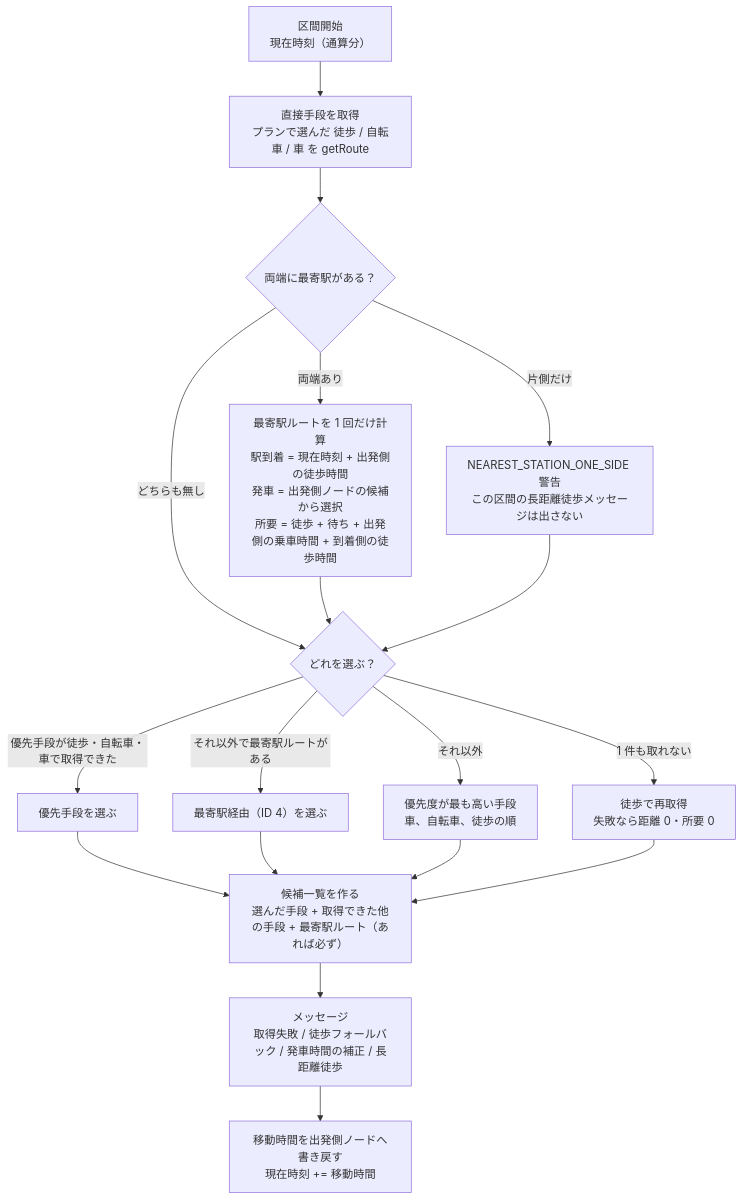
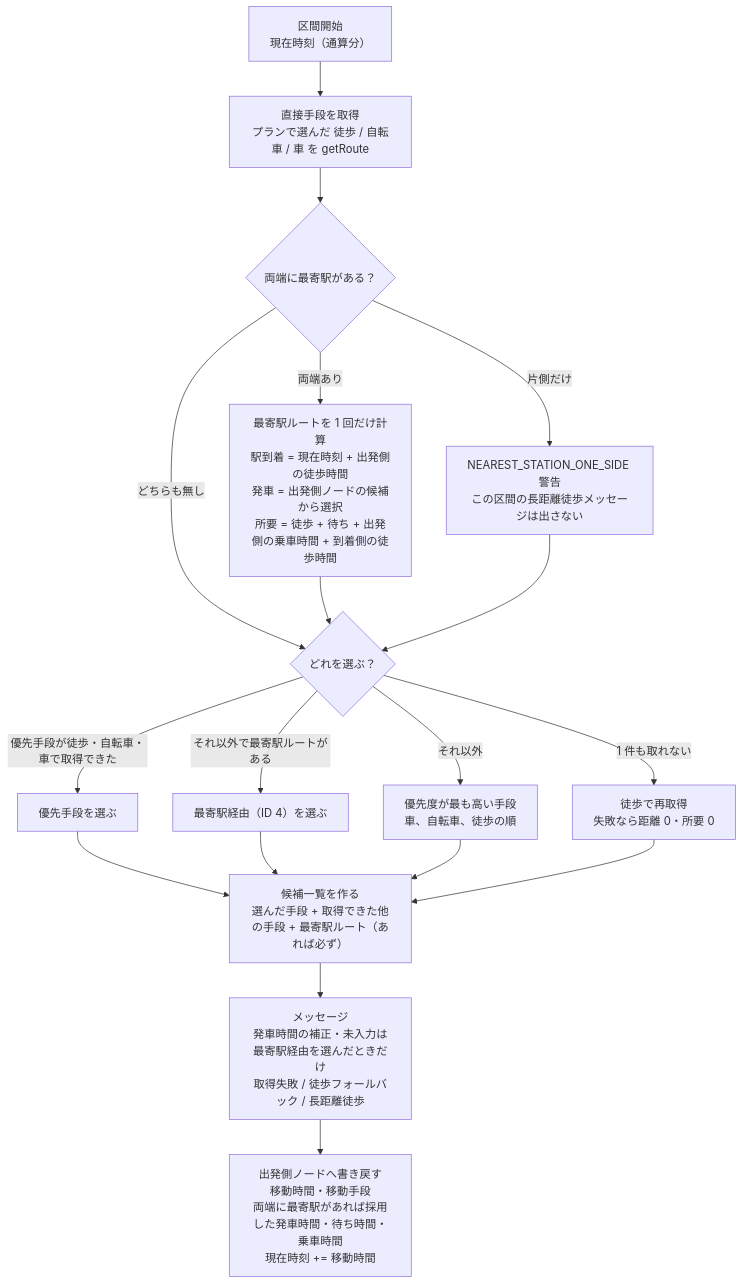
The second of 4 diagrams in docs/tasks/No.388_プランニング処理フロー.md (ju-ki/moptabi), drawn with Mermaid before and after one commit. The commit also changed other lines of this file and 1 other file, not shown here.

````diff
--- a/docs/tasks/No.388_プランニング処理フロー.md
+++ b/docs/tasks/No.388_プランニング処理フロー.md
@@ -31,20 +32,20 @@
 ```mermaid
 flowchart TD
   S["区間開始<br>現在時刻（通算分）"] --> R["直接手段を取得<br>プランで選んだ 徒歩 / 自転車 / 車 を getRoute"]
   R --> Q{"両端に最寄駅がある？"}
   Q -- 両端あり --> N["最寄駅ルートを 1 回だけ計算<br>駅到着 = 現在時刻 + 出発側の徒歩時間<br>発車 = 出発側ノードの候補から選択<br>所要 = 徒歩 + 待ち + 出発側の乗車時間 + 到着側の徒歩時間"]
   Q -- 片側だけ --> O["NEAREST_STATION_ONE_SIDE 警告<br>この区間の長距離徒歩メッセージは出さない"]
   Q -- どちらも無し --> SEL
   N --> SEL{"どれを選ぶ？"}
   O --> SEL
   SEL -- "優先手段が徒歩・自転車・車で取得できた" --> P["優先手段を選ぶ"]
   SEL -- "それ以外で最寄駅ルートがある" --> T["最寄駅経由（ID 4）を選ぶ"]
   SEL -- "それ以外" --> PR["優先度が最も高い手段<br>車、自転車、徒歩の順"]
   SEL -- "1 件も取れない" --> W["徒歩で再取得<br>失敗なら距離 0・所要 0"]
   P --> ALT
   T --> ALT
   PR --> ALT
   W --> ALT
-  ALT["候補一覧を作る<br>選んだ手段 + 取得できた他の手段 + 最寄駅ルート（あれば必ず）"] --> M["メッセージ<br>取得失敗 / 徒歩フォールバック / 発車時間の補正 / 長距離徒歩"]
-  M --> U["移動時間を出発側ノードへ書き戻す<br>現在時刻 += 移動時間"]
+  ALT["候補一覧を作る<br>選んだ手段 + 取得できた他の手段 + 最寄駅ルート（あれば必ず）"] --> M["メッセージ<br>発車時間の補正・未入力は最寄駅経由を選んだときだけ<br>取得失敗 / 徒歩フォールバック / 長距離徒歩"]
+  M --> U["出発側ノードへ書き戻す<br>移動時間・移動手段<br>両端に最寄駅があれば採用した発車時間・待ち時間・乗車時間<br>現在時刻 += 移動時間"]
 ```
````
